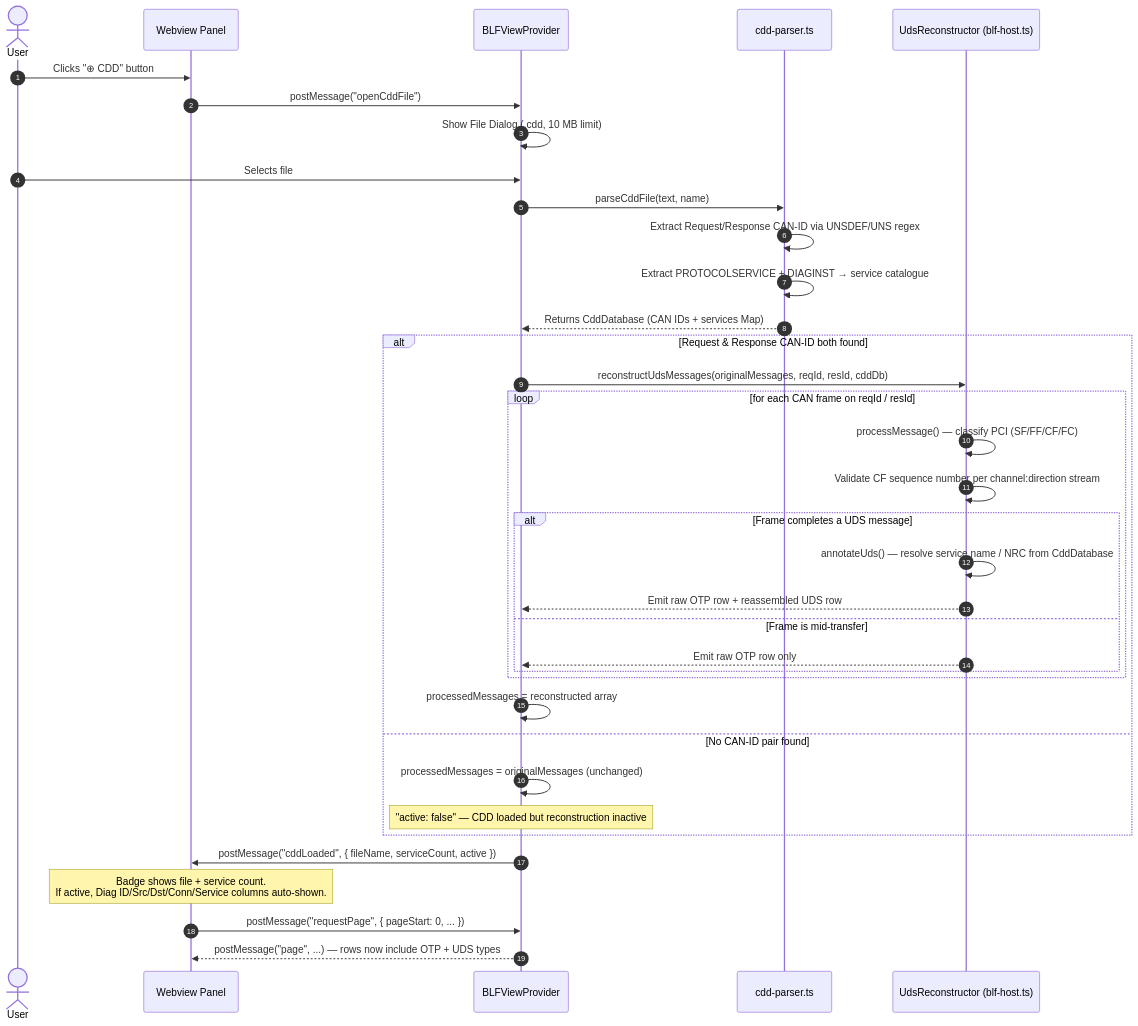
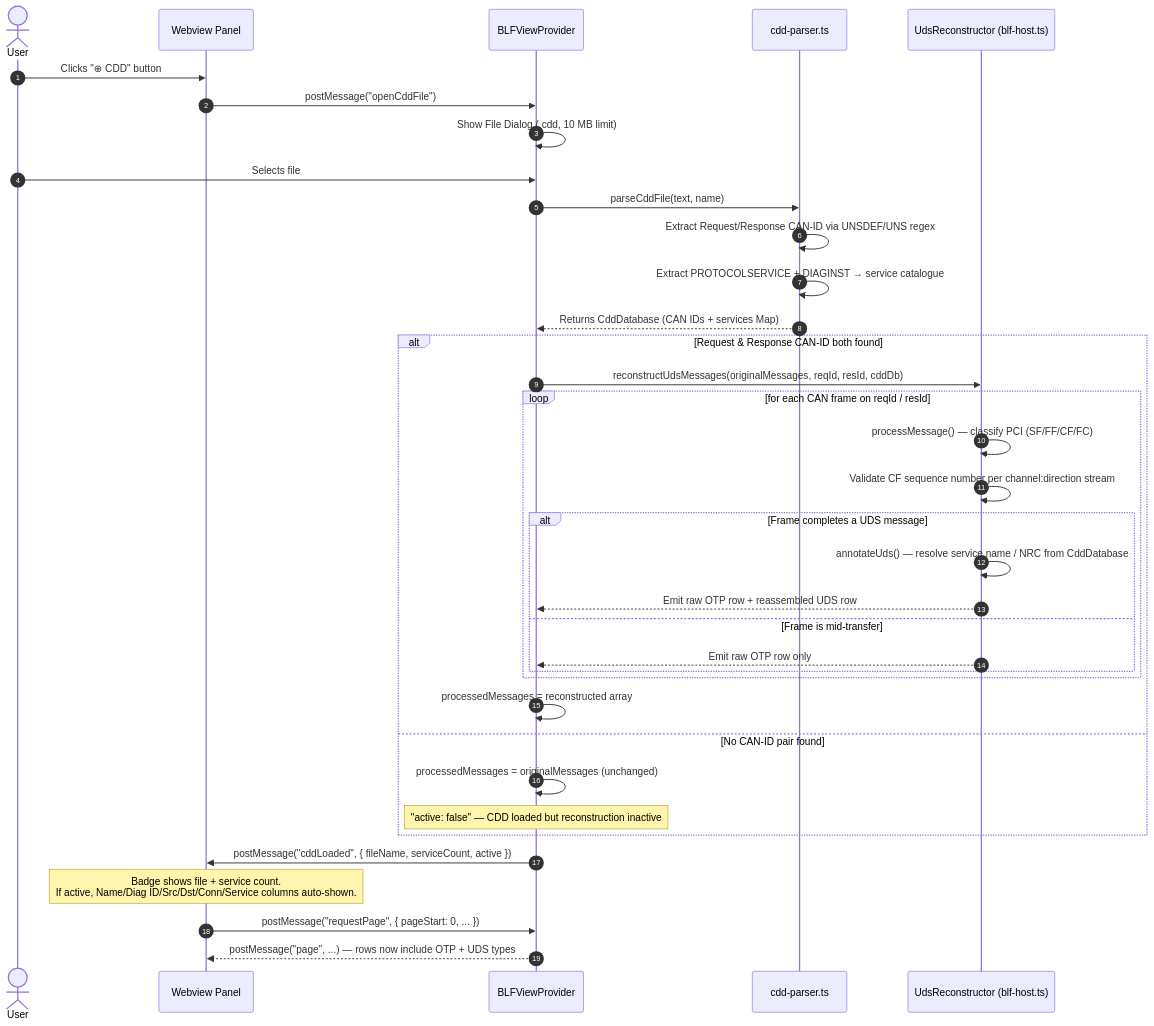
One commit to mrafatpanah/blf-viewer changed the sixth of 6 diagrams in docs/design_and_architecture.md. Above: the diagram before and after it, drawn with Mermaid. The commit also changed other lines of this file and 8 other files, not shown here.

First line of the commit message:
fix: Src/Dst on ISO-TP transport rows and Name column on CDD load (#15)

````diff
--- a/docs/design_and_architecture.md
+++ b/docs/design_and_architecture.md
@@ -194,39 +194,39 @@
 ```mermaid
 sequenceDiagram
     autonumber
     actor User
     participant View as Webview Panel
     participant Host as BLFViewProvider
     participant CddP as cdd-parser.ts
     participant Recon as UdsReconstructor (blf-host.ts)
 
     User->>View: Clicks "⊕ CDD" button
     View->>Host: postMessage("openCddFile")
     Host->>Host: Show File Dialog (.cdd, 10 MB limit)
     User->>Host: Selects file
     Host->>CddP: parseCddFile(text, name)
     CddP->>CddP: Extract Request/Response CAN-ID via UNSDEF/UNS regex
     CddP->>CddP: Extract PROTOCOLSERVICE + DIAGINST → service catalogue
     CddP-->>Host: Returns CddDatabase (CAN IDs + services Map)
     alt Request & Response CAN-ID both found
         Host->>Recon: reconstructUdsMessages(originalMessages, reqId, resId, cddDb)
         loop for each CAN frame on reqId / resId
             Recon->>Recon: processMessage() — classify PCI (SF/FF/CF/FC)
             Recon->>Recon: Validate CF sequence number per channel:direction stream
             alt Frame completes a UDS message
                 Recon->>Recon: annotateUds() — resolve service name / NRC from CddDatabase
                 Recon-->>Host: Emit raw OTP row + reassembled UDS row
             else Frame is mid-transfer
                 Recon-->>Host: Emit raw OTP row only
             end
         end
         Host->>Host: processedMessages = reconstructed array
     else No CAN-ID pair found
         Host->>Host: processedMessages = originalMessages (unchanged)
         note over Host: "active: false" — CDD loaded but reconstruction inactive
     end
     Host->>View: postMessage("cddLoaded", { fileName, serviceCount, active })
-    note over View: Badge shows file + service count.<br/>If active, Diag ID/Src/Dst/Conn/Service columns auto-shown.
+    note over View: Badge shows file + service count.<br/>If active, Name/Diag ID/Src/Dst/Conn/Service columns auto-shown.
     View->>Host: postMessage("requestPage", { pageStart: 0, ... })
     Host-->>View: postMessage("page", ...) — rows now include OTP + UDS types
 ```
````
